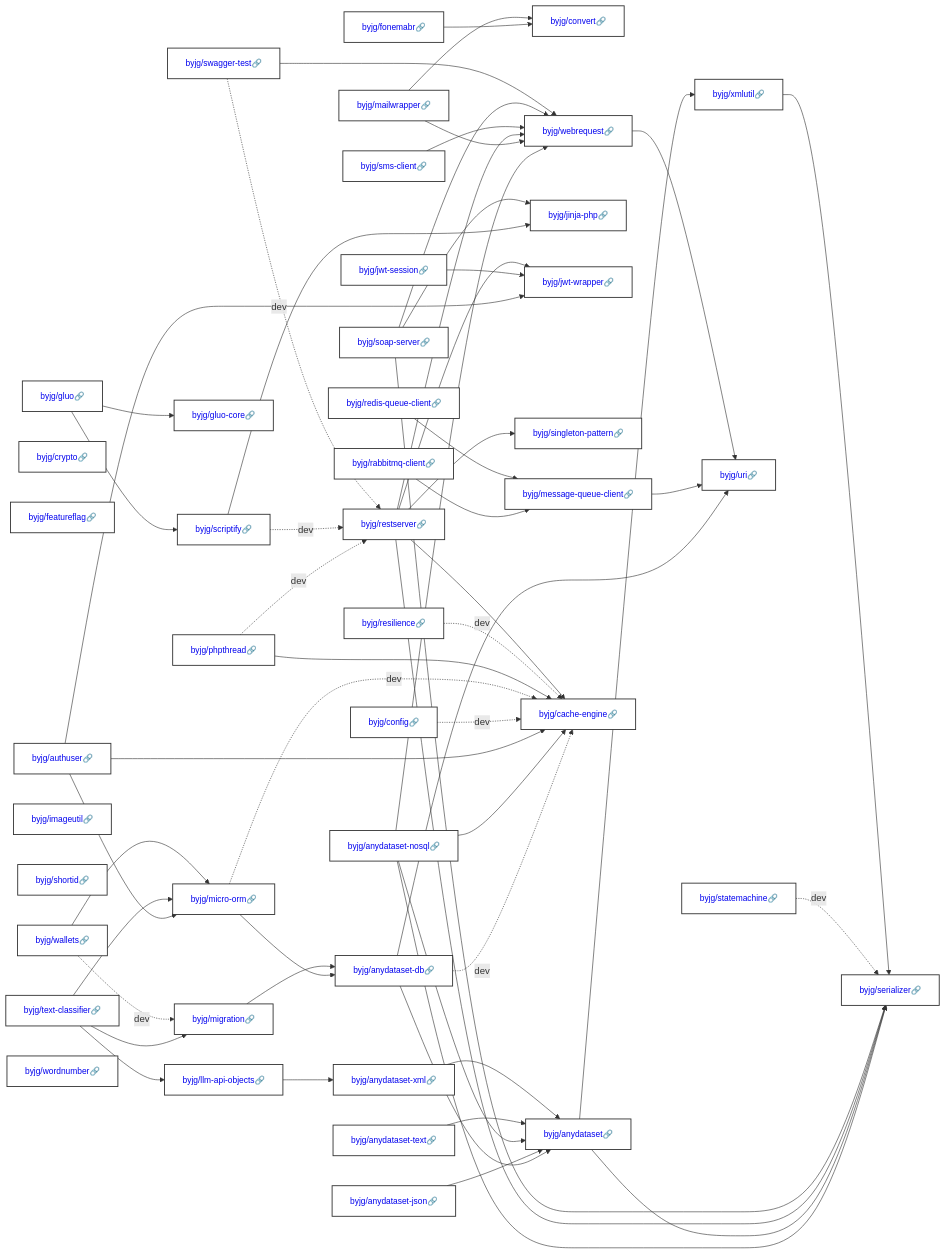
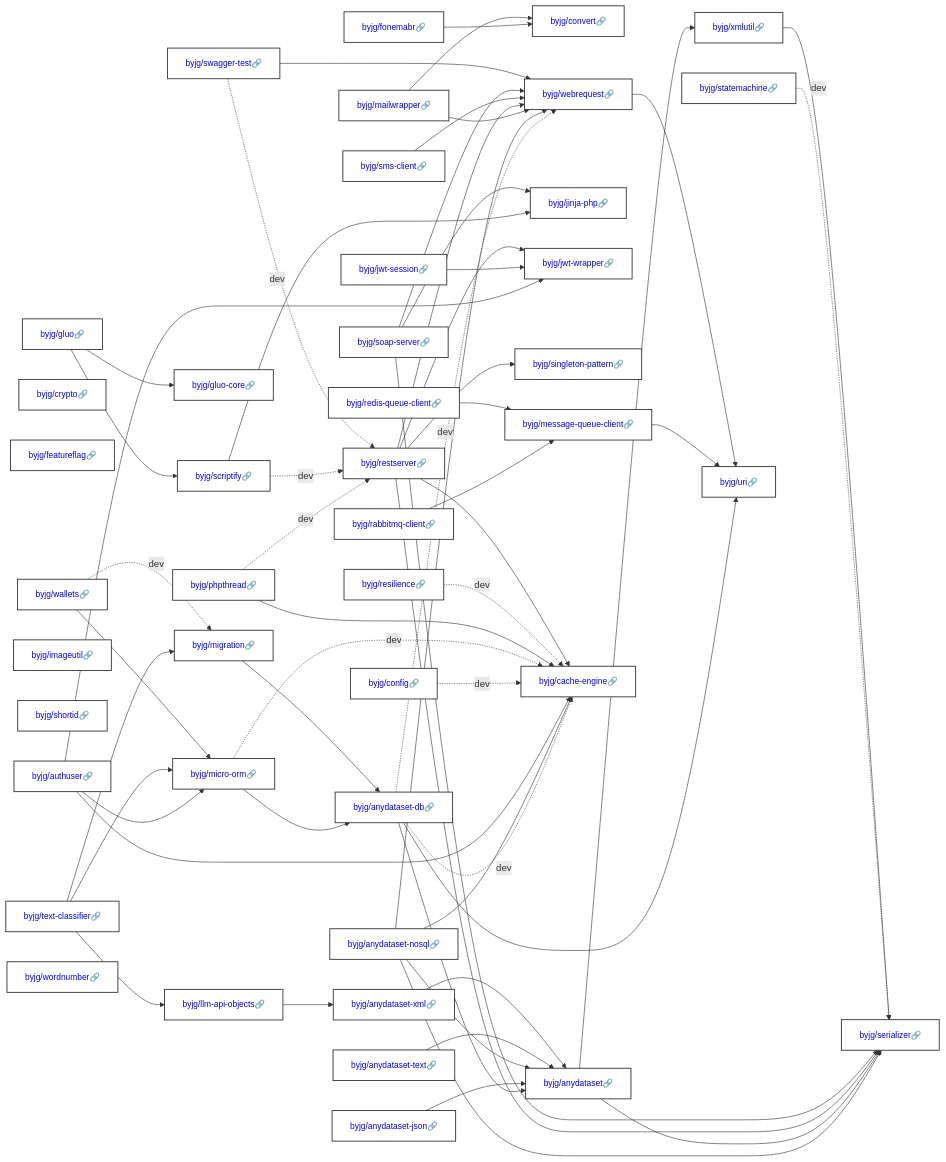
Before and after one commit to byjg/byjg.github.io: the diagram in docs/php/README.md, drawn with Mermaid. The commit also changed 29 other files, not shown here.

Commit message:
Update documentation 'php' 'php-anydataset-db'

```diff
--- a/docs/php/README.md
+++ b/docs/php/README.md
@@ -43,15 +43,16 @@
   byjg/anydataset-db[<a href='https://opensource.byjg.com/docs/php/anydataset-db' style='text-decoration:none'>byjg/anydataset-db🔗</a>];
   byjg/jwt-wrapper[<a href='https://opensource.byjg.com/docs/php/jwt-wrapper' style='text-decoration:none'>byjg/jwt-wrapper🔗</a>];
   byjg/singleton-pattern[<a href='https://opensource.byjg.com/docs/php/singleton-pattern' style='text-decoration:none'>byjg/singleton-pattern🔗</a>];
-  byjg/webrequest[<a href='https://opensource.byjg.com/docs/php/webrequest' style='text-decoration:none'>byjg/webrequest🔗</a>];
   byjg/anydataset[<a href='https://opensource.byjg.com/docs/php/anydataset' style='text-decoration:none'>byjg/anydataset🔗</a>];
   byjg/cache-engine[<a href='https://opensource.byjg.com/docs/php/cache-engine' style='text-decoration:none'>byjg/cache-engine🔗</a>];
+  byjg/webrequest[<a href='https://opensource.byjg.com/docs/php/webrequest' style='text-decoration:none'>byjg/webrequest🔗</a>];
+  byjg/xmlutil[<a href='https://opensource.byjg.com/docs/php/xmlutil' style='text-decoration:none'>byjg/xmlutil🔗</a>];
   byjg/uri[<a href='https://opensource.byjg.com/docs/php/uri' style='text-decoration:none'>byjg/uri🔗</a>];
-  byjg/xmlutil[<a href='https://opensource.byjg.com/docs/php/xmlutil' style='text-decoration:none'>byjg/xmlutil🔗</a>];
   byjg/serializer[<a href='https://opensource.byjg.com/docs/php/serializer' style='text-decoration:none'>byjg/serializer🔗</a>];
   byjg/anydataset-db --> byjg/anydataset;
   byjg/anydataset-db --> byjg/uri;
   byjg/anydataset-db -.->|dev| byjg/cache-engine;
+  byjg/anydataset-db -.->|dev| byjg/webrequest;
   byjg/anydataset-json --> byjg/anydataset;
   byjg/anydataset-nosql --> byjg/anydataset;
   byjg/anydataset-nosql --> byjg/cache-engine;
```
